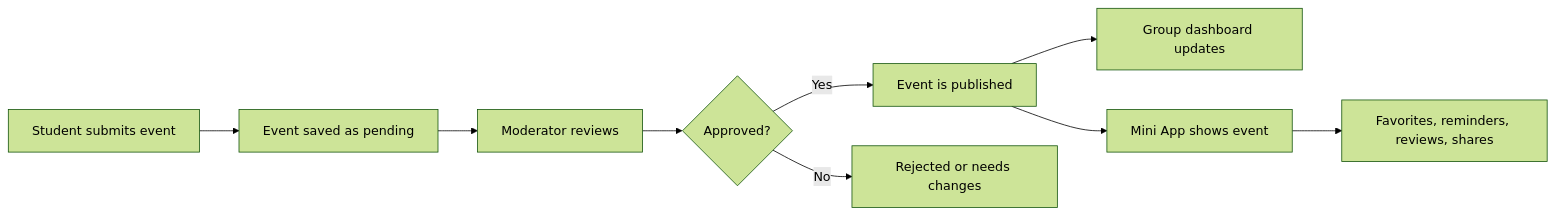
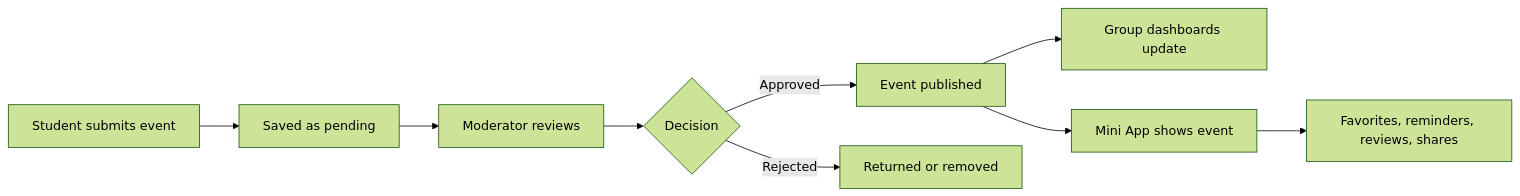
Before and after one commit to anxchywl/EventsBot: the diagram in README.md, drawn with Mermaid (forest theme). The commit also changed other lines of this file and 35 other files, not shown here.

````diff
--- a/README.md
+++ b/README.md
@@ -200,11 +81,11 @@
 ```mermaid
 flowchart LR
-    A["Student submits event"] --> B["Event saved as pending"]
+    A["Student submits event"] --> B["Saved as pending"]
     B --> C["Moderator reviews"]
-    C --> D{"Approved?"}
-    D -->|Yes| E["Event is published"]
-    D -->|No| F["Rejected or needs changes"]
-    E --> G["Group dashboard updates"]
+    C --> D{"Decision"}
+    D -->|Approved| E["Event published"]
+    D -->|Rejected| F["Returned or removed"]
+    E --> G["Group dashboards update"]
     E --> H["Mini App shows event"]
     H --> I["Favorites, reminders, reviews, shares"]
 ```
````
